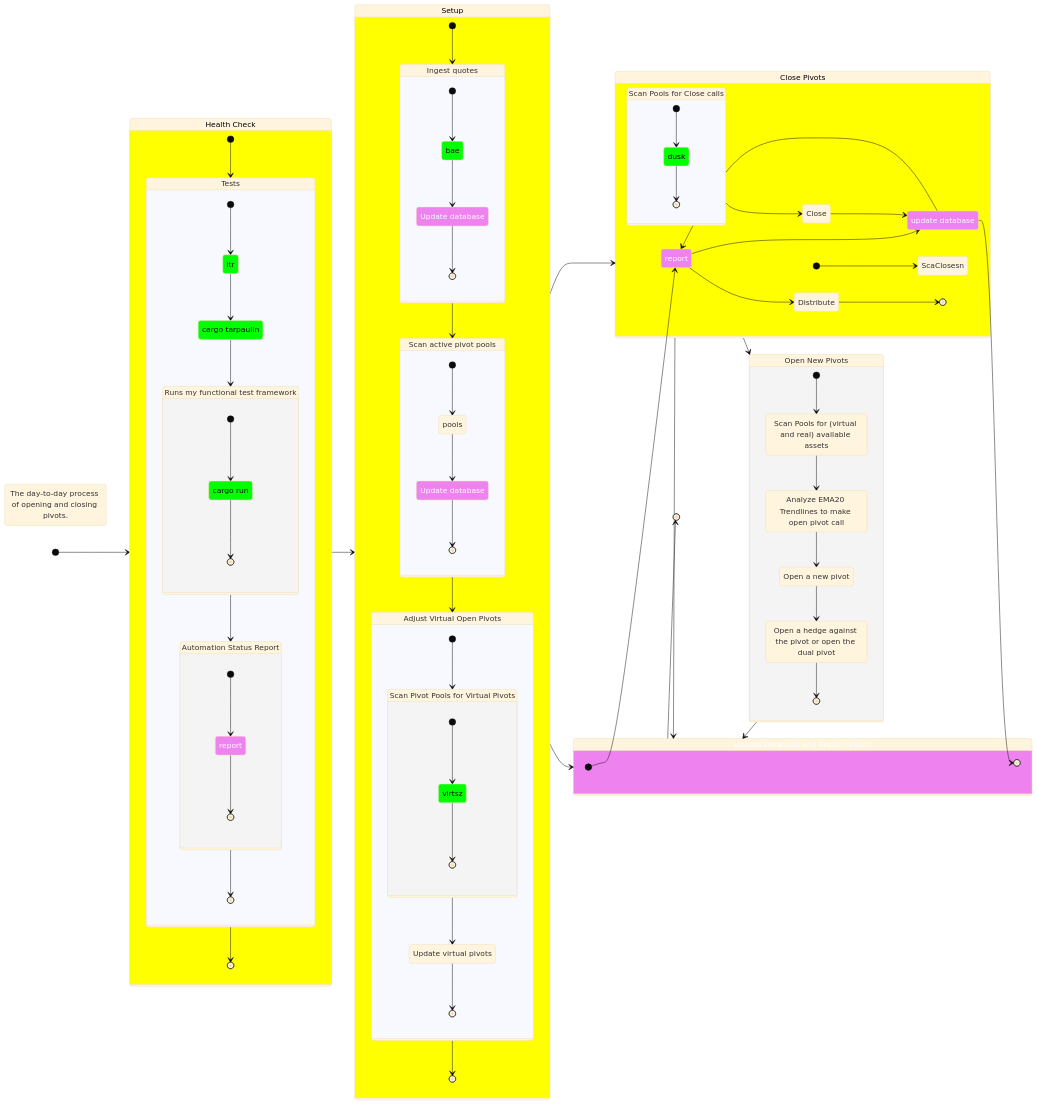
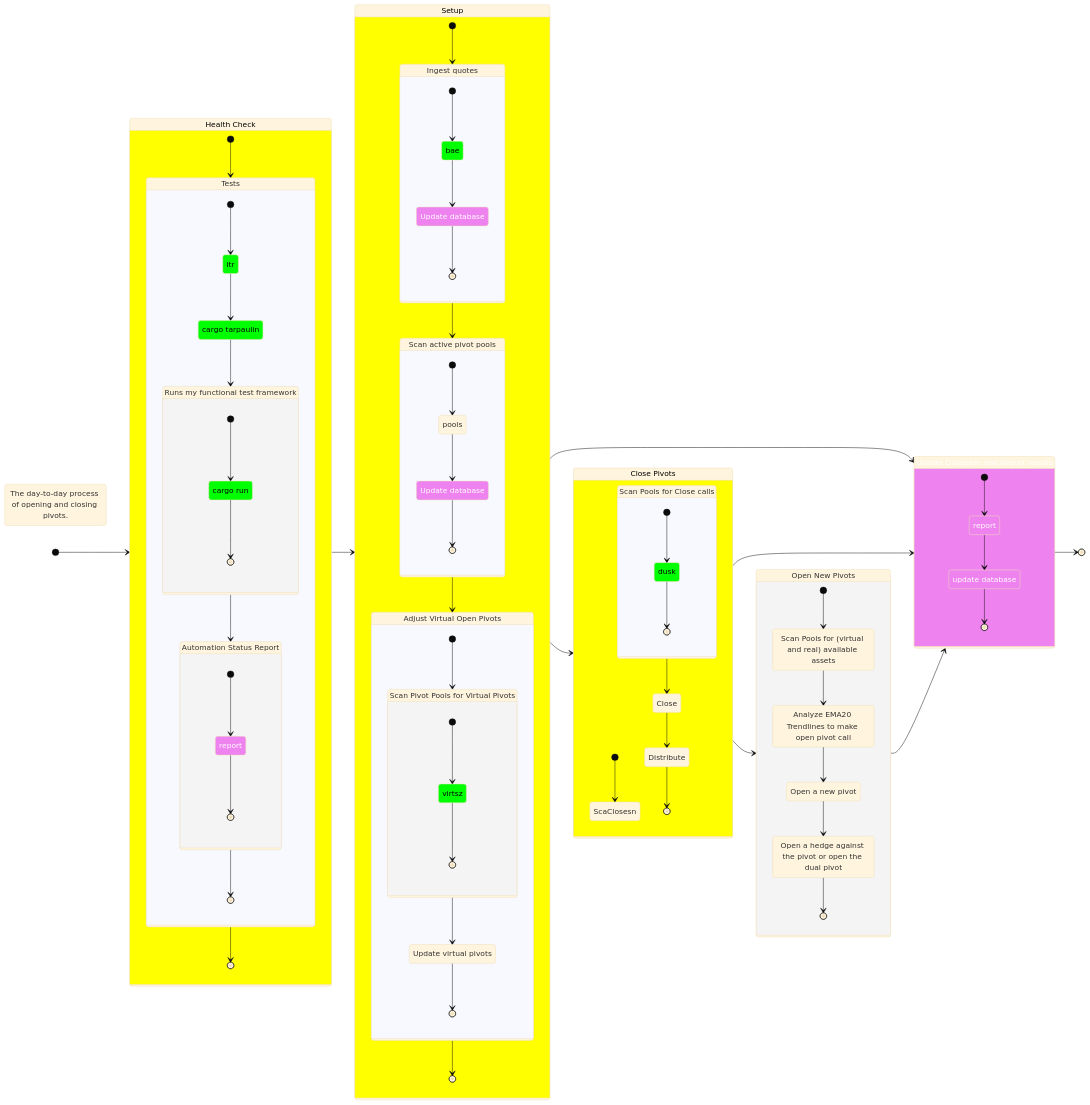
One commit to pivoteur/protocol changed the diagram in dapps/README.md. Above: the diagram before and after it, drawn with Mermaid (base theme).

Commit message:
Remove manual update and report from close

```diff
--- a/dapps/README.md
+++ b/dapps/README.md
@@ -125,9 +125,7 @@
    state Closes {
       [*] --> ScaClosesn
       ScanCloses --> Close
-      Close --> UpdateDb
-      UpdateDb --> report
-      report --> Distribute
+      Close --> Distribute
       Distribute --> [*]
 
       ScanCloses: Scan Pools for Close calls
```
